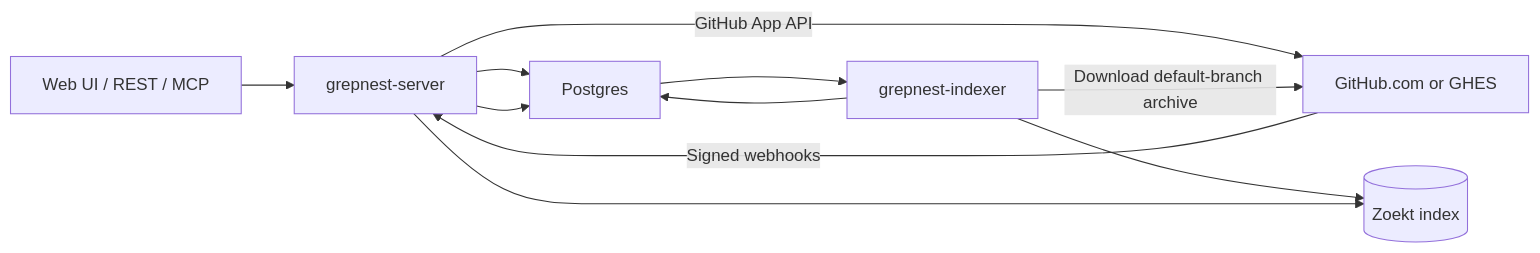
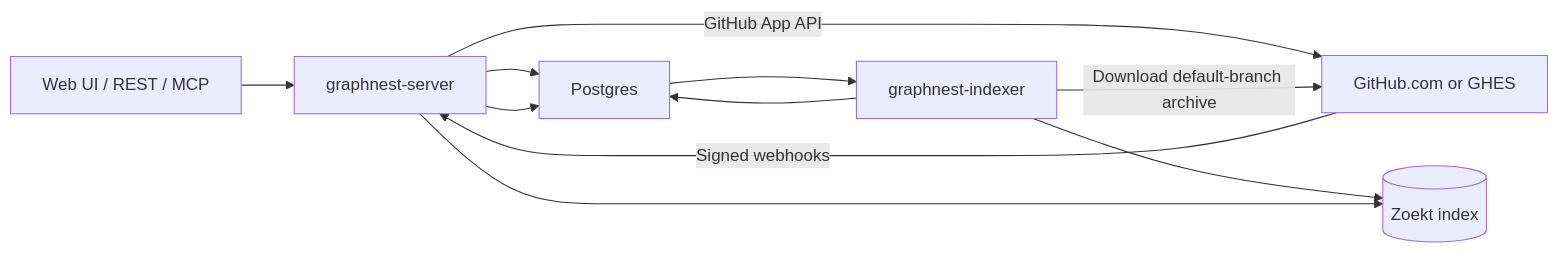
One commit to balcsida/graphnest changed the diagram in README.md. Above: the diagram before and after it, drawn with Mermaid. The commit also changed other lines of this file and 44 other files, not shown here.

Commit message:
docs: complete GraphNest identity rename

````diff
--- a/README.md
+++ b/README.md
@@ -40,16 +40,16 @@
 ```mermaid
 flowchart LR
-    Client[Web UI / REST / MCP] --> Server[grepnest-server]
+    Client[Web UI / REST / MCP] --> Server[graphnest-server]
 
     Server -->|GitHub App API| GitHub[GitHub.com or GHES]
     GitHub -->|Signed webhooks| Server
-    Indexer[grepnest-indexer] -->|Download default-branch archive| GitHub
+    Indexer[graphnest-indexer] -->|Download default-branch archive| GitHub
 
     Server --> Postgres
     Indexer --> Postgres
     Postgres --> Indexer
     Indexer --> Zoekt[(Zoekt index)]
     Server --> Zoekt
 
     Server --> Postgres
 ```
````
